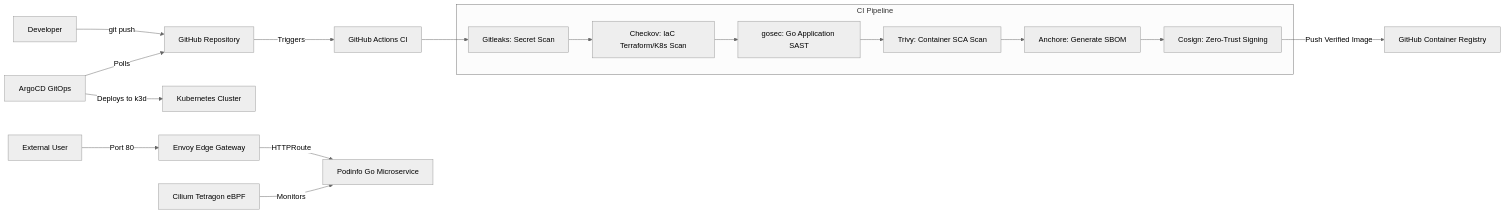
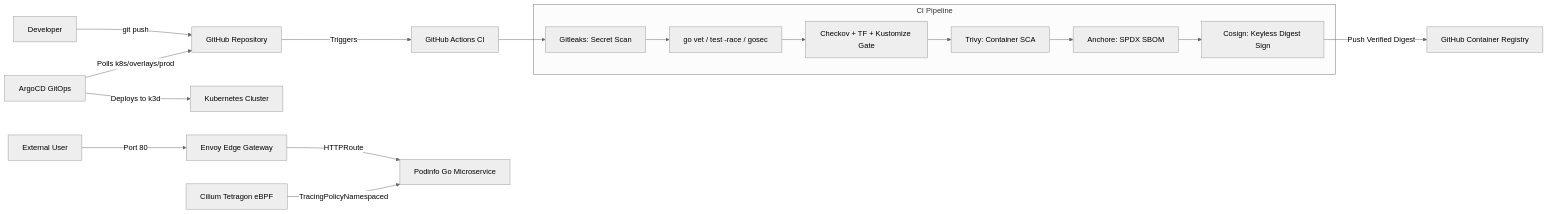
Before and after one commit to gg-push/secure-k8s-pipeline: the diagram in README.md, drawn with Mermaid (neutral theme). The commit also changed other lines of this file and 157 other files, not shown here.

Commit message:
fix: harden k8s manifests, tetragon policy, CI gates, terraform, and monitoring

````diff
--- a/README.md
+++ b/README.md
@@ -7,30 +7,25 @@
 ```mermaid
 graph LR
     Dev[Developer] -->|git push| Git[GitHub Repository]
     Git -->|Triggers| CI[GitHub Actions CI]
 
     subgraph CI Pipeline
         Gitleaks[Gitleaks: Secret Scan]
-        Checkov[Checkov: IaC Terraform/K8s Scan]
-        Gosec[gosec: Go Application SAST]
-        Trivy[Trivy: Container SCA Scan]
-        SBOM[Anchore: Generate SBOM]
-        Cosign[Cosign: Zero-Trust Signing]
+        GoSec[go vet / test -race / gosec]
+        Checkov[Checkov + TF + Kustomize Gate]
+        Trivy[Trivy: Container SCA]
+        SBOM[Anchore: SPDX SBOM]
+        Cosign[Cosign: Keyless Digest Sign]
     end
 
-    CI --> Gitleaks
-    Gitleaks --> Checkov
-    Checkov --> Gosec
-    Gosec --> Trivy
-    Trivy --> SBOM
-    SBOM --> Cosign
-    Cosign -->|Push Verified Image| GHCR[GitHub Container Registry]
+    CI --> Gitleaks --> GoSec --> Checkov --> Trivy --> SBOM --> Cosign
+    Cosign -->|Push Verified Digest| GHCR[GitHub Container Registry]
 
-    Argo[ArgoCD GitOps] -->|Polls| Git
+    Argo[ArgoCD GitOps] -->|Polls k8s/overlays/prod| Git
     Argo -->|Deploys to k3d| K8s[Kubernetes Cluster]
 
     User[External User] -->|Port 80| Envoy[Envoy Edge Gateway]
     Envoy -->|HTTPRoute| Pod[Podinfo Go Microservice]
-    
-    Tetragon[Cilium Tetragon eBPF] -->|Monitors| Pod
+
+    Tetragon[Cilium Tetragon eBPF] -->|TracingPolicyNamespaced| Pod
 ```
````
